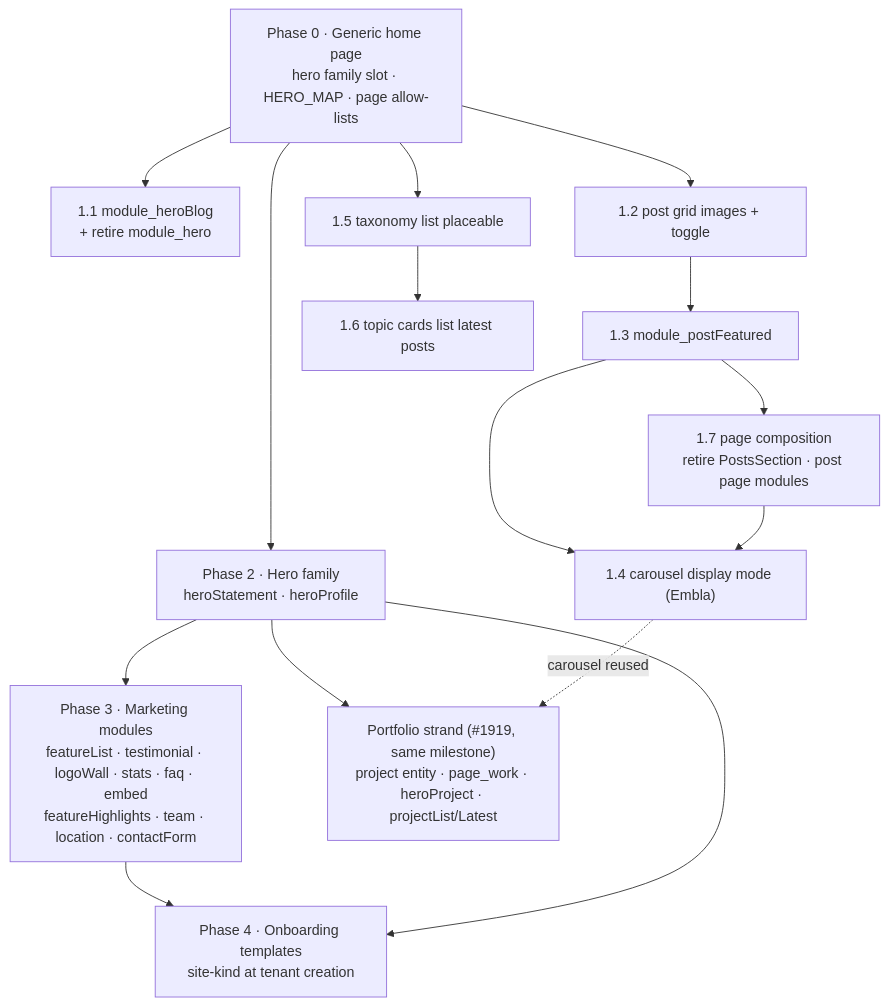
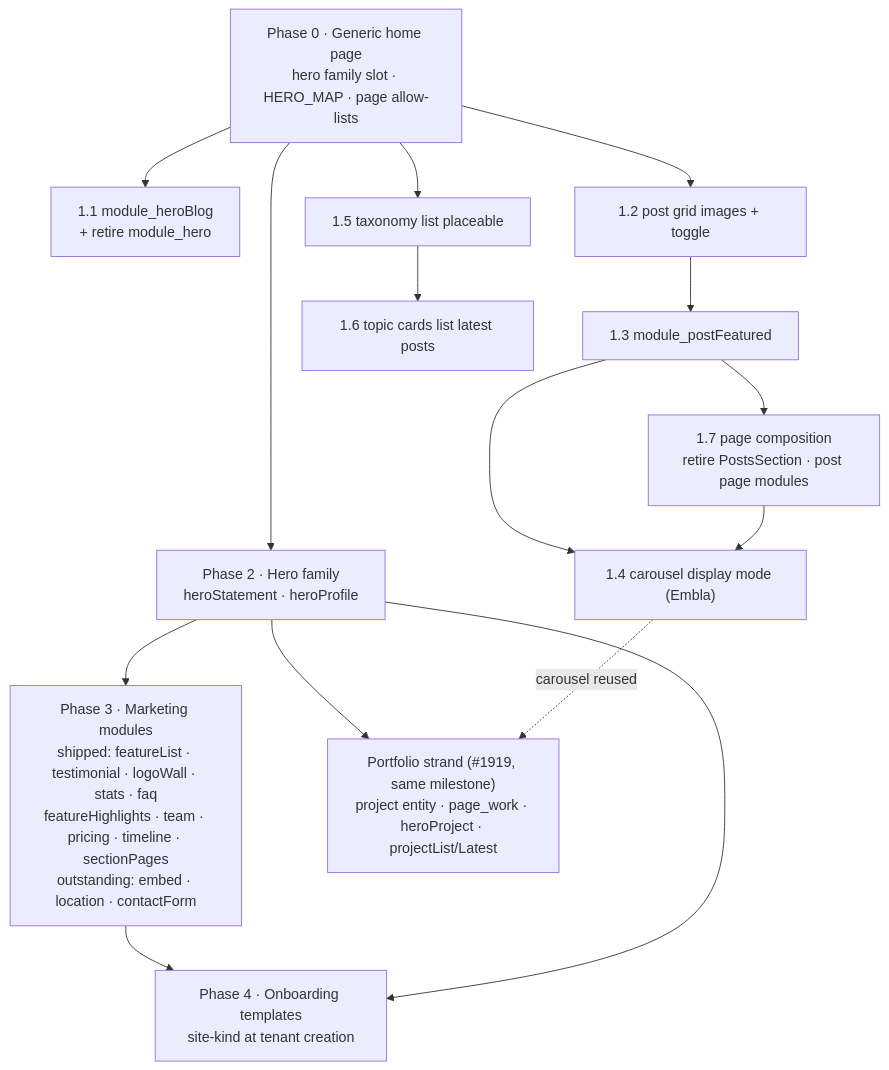
One commit to ValOvinnikov/blog changed the third of 3 diagrams in docs/BACKLOG.md. Above: the diagram before and after it, drawn with Mermaid. The commit also changed other lines of this file and 10 other files, not shown here.

````diff
--- a/docs/BACKLOG.md
+++ b/docs/BACKLOG.md
@@ -786,24 +798,24 @@
 ```mermaid
 flowchart TD
   P0["Phase 0 · Generic home page<br/>hero family slot · HERO_MAP · page allow-lists"]
   P1a["1.1 module_heroBlog<br/>+ retire module_hero"]
   P1b["1.2 post grid images + toggle"]
   P1c["1.3 module_postFeatured"]
   P1d["1.4 carousel display mode (Embla)"]
   P1e["1.5 taxonomy list placeable"]
   P1f["1.6 topic cards list latest posts"]
   P1g["1.7 page composition<br/>retire PostsSection · post page modules"]
   P2["Phase 2 · Hero family<br/>heroStatement · heroProfile"]
-  P3["Phase 3 · Marketing modules<br/>featureList · testimonial · logoWall · stats · faq · embed<br/>featureHighlights · team · location · contactForm"]
+  P3["Phase 3 · Marketing modules<br/>shipped: featureList · testimonial · logoWall · stats · faq<br/>featureHighlights · team · pricing · timeline · sectionPages<br/>outstanding: embed · location · contactForm"]
   P4["Phase 4 · Onboarding templates<br/>site-kind at tenant creation"]
   M9["Portfolio strand (#1919, same milestone)<br/>project entity · page_work · heroProject · projectList/Latest"]
   P0 --> P1a & P1b & P1e
   P1b --> P1c --> P1d
   P1c --> P1g --> P1d
   P1e --> P1f
   P0 --> P2 --> P3
   P2 --> M9
   P1d -.->|carousel reused| M9
   P3 --> P4
   P2 --> P4
 ```
````
